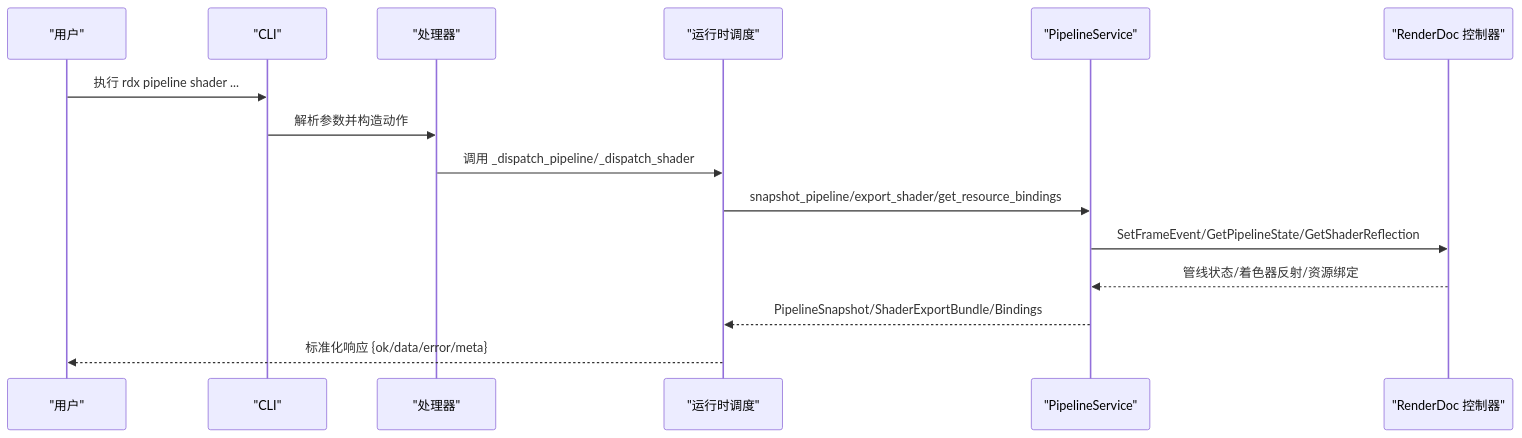
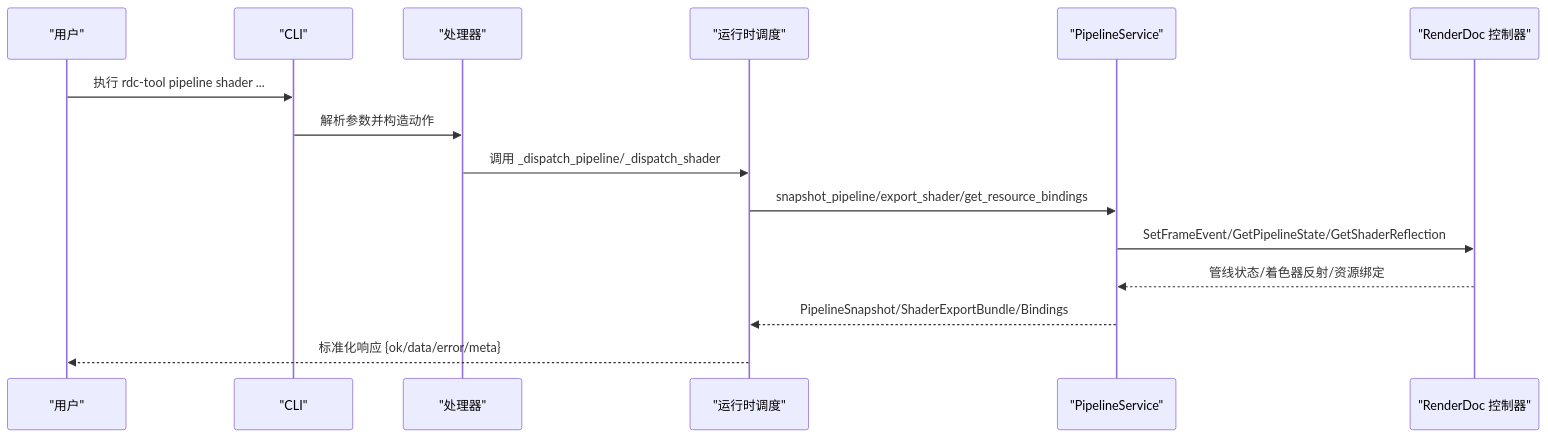
The second of 6 diagrams in .qoder/repowiki/zh/content/处理器模块/管线状态处理器.md (haolange/RDC-Tool), drawn with Mermaid before and after one commit. The commit also changed other lines of this file and 388 other files, not shown here.

First line of the commit message:
Release RDC-Tool identity and public maintenance surface

````diff
--- a/.qoder/repowiki/zh/content/处理器模块/管线状态处理器.md
+++ b/.qoder/repowiki/zh/content/处理器模块/管线状态处理器.md
@@ -83,17 +83,17 @@
 ```mermaid
 sequenceDiagram
 participant U as "用户"
 participant C as "CLI"
 participant H as "处理器"
 participant R as "运行时调度"
 participant P as "PipelineService"
 participant D as "RenderDoc 控制器"
-U->>C : 执行 rdx pipeline shader ...
+U->>C : 执行 rdc-tool pipeline shader ...
 C->>H : 解析参数并构造动作
 H->>R : 调用 _dispatch_pipeline/_dispatch_shader
 R->>P : snapshot_pipeline/export_shader/get_resource_bindings
 P->>D : SetFrameEvent/GetPipelineState/GetShaderReflection
 D-->>P : 管线状态/着色器反射/资源绑定
 P-->>R : PipelineSnapshot/ShaderExportBundle/Bindings
 R-->>U : 标准化响应 {ok/data/error/meta}
 ```
````
